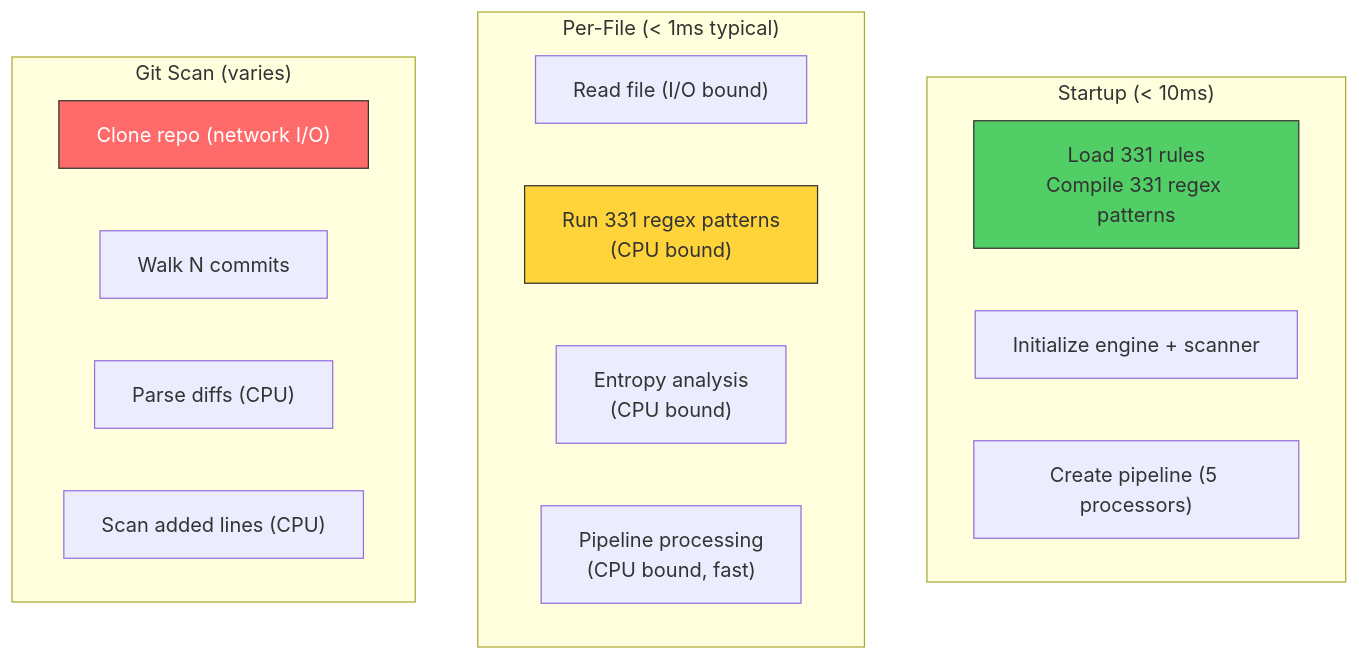
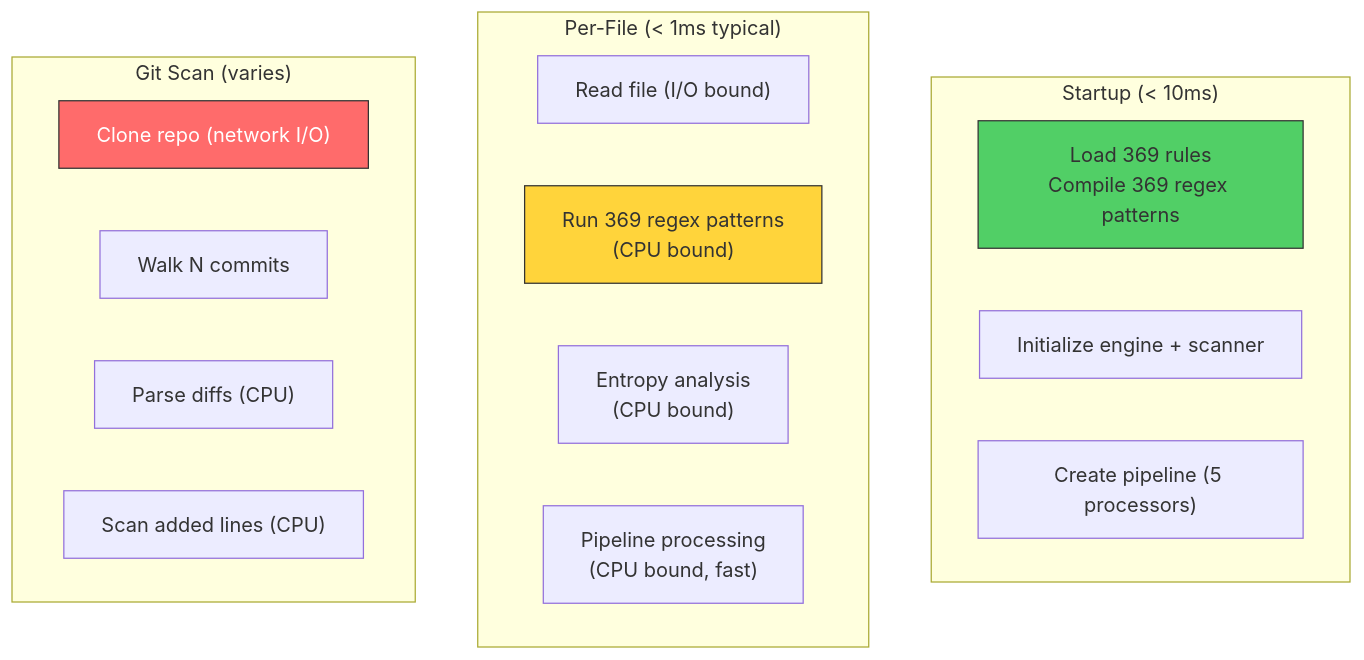
One commit to svemulapati/CredVigil changed diagram 59 of 60 in docs/training/00-System-Design.md. Above: the diagram before and after it, drawn with Mermaid. The commit also changed other lines of this file and 20 other files, not shown here.

````diff
--- a/docs/training/00-System-Design.md
+++ b/docs/training/00-System-Design.md
@@ -2394,26 +2394,26 @@
 ```mermaid
 graph TD
     subgraph "Startup (< 10ms)"
-        S1["Load 331 rules<br/>Compile 331 regex patterns"]
+        S1["Load 369 rules<br/>Compile 369 regex patterns"]
         S2["Initialize engine + scanner"]
         S3["Create pipeline (5 processors)"]
     end
 
     subgraph "Per-File (< 1ms typical)"
         F1["Read file (I/O bound)"]
-        F2["Run 331 regex patterns<br/>(CPU bound)"]
+        F2["Run 369 regex patterns<br/>(CPU bound)"]
         F3["Entropy analysis<br/>(CPU bound)"]
         F4["Pipeline processing<br/>(CPU bound, fast)"]
     end
 
     subgraph "Git Scan (varies)"
         G1["Clone repo (network I/O)"]
         G2["Walk N commits"]
         G3["Parse diffs (CPU)"]
         G4["Scan added lines (CPU)"]
     end
 
     style S1 fill:#51cf66,stroke:#333
     style F2 fill:#ffd43b,stroke:#333
     style G1 fill:#ff6b6b,stroke:#333,color:#fff
 ```
````
